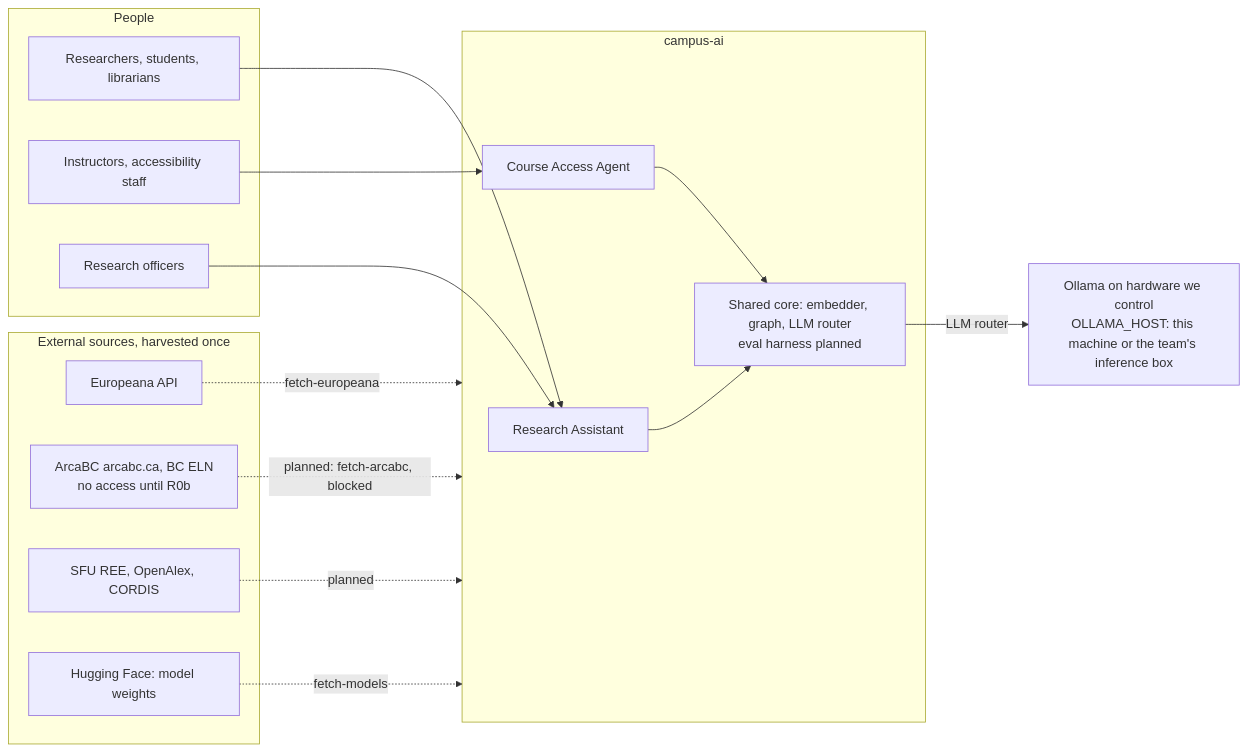
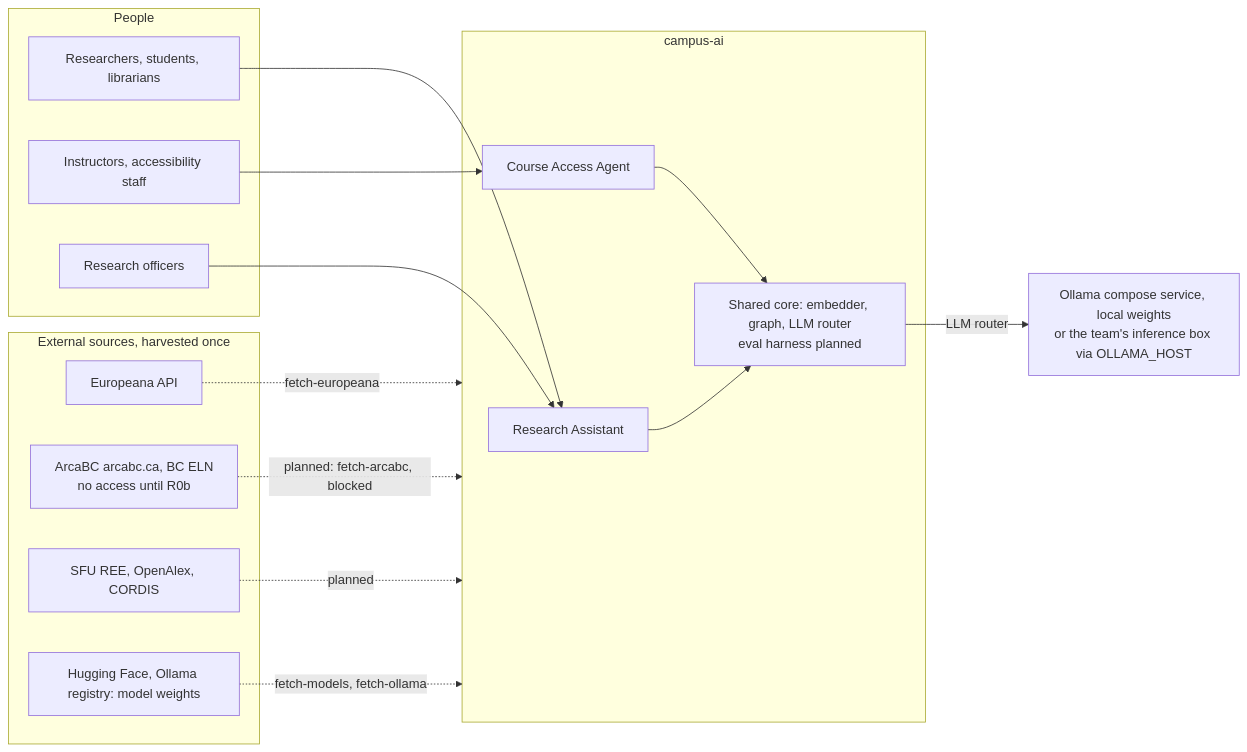
The first of 7 diagrams in docs/architecture.md (teamworxAI/campus-ai), drawn with Mermaid before and after one commit. The commit also changed other lines of this file and 5 other files, not shown here.

First line of the commit message:
Document Ollama in compose and the smoke test

````diff
--- a/docs/architecture.md
+++ b/docs/architecture.md
@@ -25,30 +27,30 @@
 ```mermaid
 flowchart LR
     subgraph users[People]
         R[Researchers, students, librarians]
         I[Instructors, accessibility staff]
         O[Research officers]
     end
     subgraph campus[campus-ai]
         RA[Research Assistant]
         CA[Course Access Agent]
         CORE[Shared core: embedder, graph, LLM router<br/>eval harness planned]
     end
-    OLL[Ollama on hardware we control<br/>OLLAMA_HOST: this machine or the team's inference box]
+    OLL[Ollama compose service, local weights<br/>or the team's inference box via OLLAMA_HOST]
     subgraph sources[External sources, harvested once]
         EU[Europeana API]
         ARCA[ArcaBC arcabc.ca, BC ELN<br/>no access until R0b]
         REE[SFU REE, OpenAlex, CORDIS]
-        HF[Hugging Face: model weights]
+        HF[Hugging Face, Ollama registry: model weights]
     end
     R --> RA
     O --> RA
     I --> CA
     RA --> CORE
     CA --> CORE
     CORE -- LLM router --> OLL
     EU -. fetch-europeana .-> campus
-    HF -. fetch-models .-> campus
+    HF -. fetch-models, fetch-ollama .-> campus
     ARCA -. planned: fetch-arcabc, blocked .-> campus
     REE -. planned .-> campus
 ```
````
